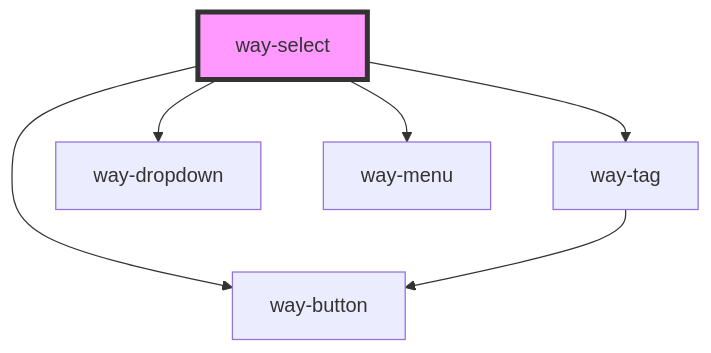
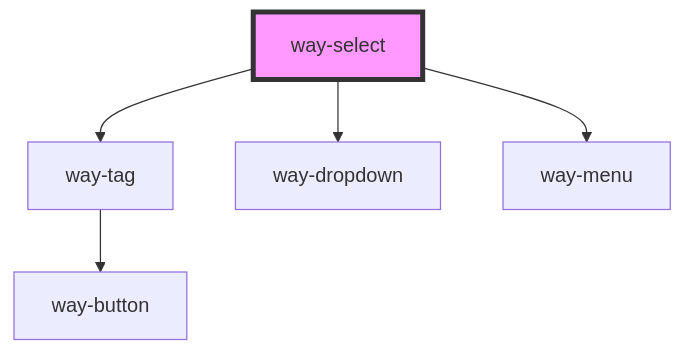
Before and after one commit to paqtcom/graphite-design-system: the diagram in packages/core/src/components/way-select/readme.md, drawn with Mermaid. The commit also changed other lines of this file and 16 other files, not shown here.

````diff
--- a/packages/core/src/components/way-select/readme.md
+++ b/packages/core/src/components/way-select/readme.md
@@ -85,9 +84,8 @@
 ```mermaid
 graph TD;
   way-select --> way-tag
   way-select --> way-dropdown
-  way-select --> way-button
   way-select --> way-menu
   way-tag --> way-button
   style way-select fill:#f9f,stroke:#333,stroke-width:4px
 ```
````
